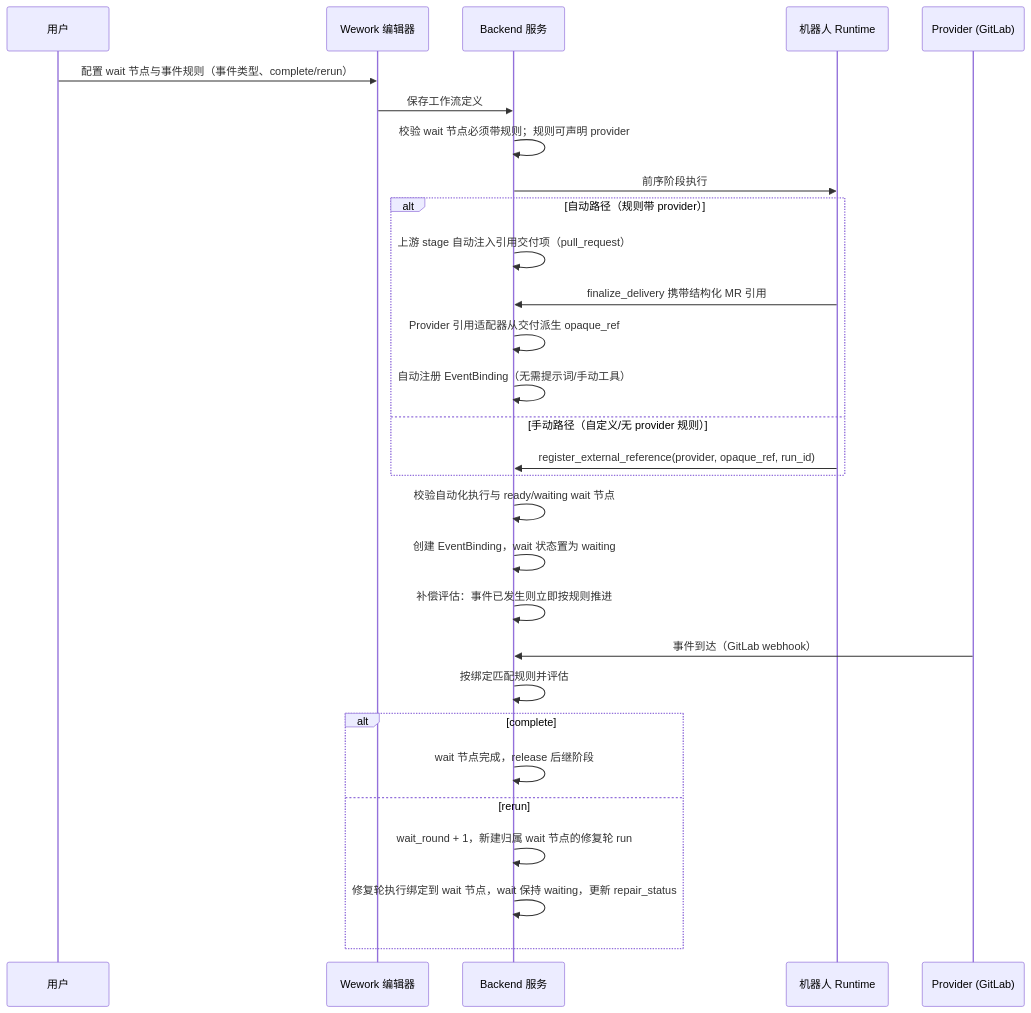
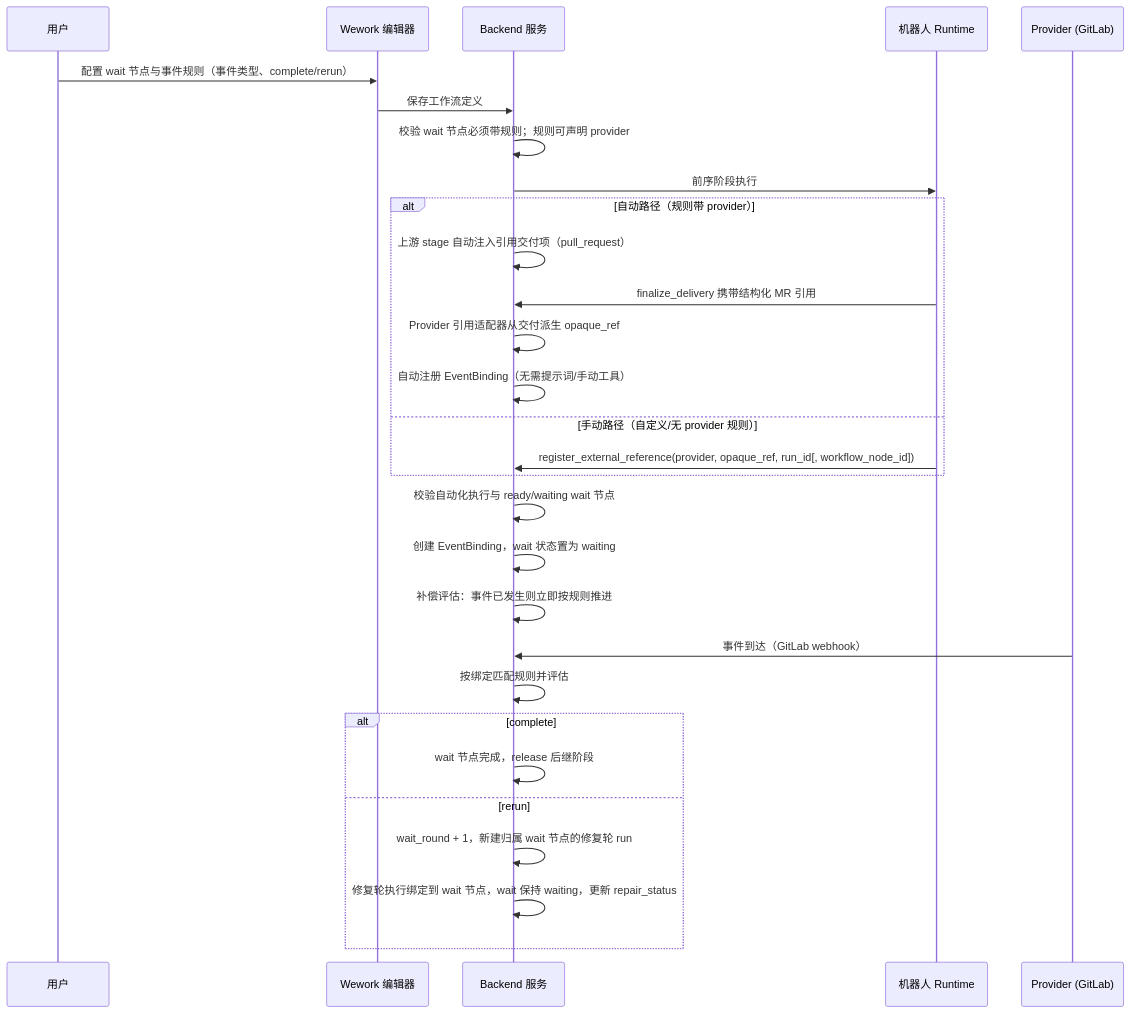
Before and after one commit to wecode-ai/Wegent: the second of 2 diagrams in docs/zh/architecture/external-event-subscription.md, drawn with Mermaid. The commit also changed 1 other file, not shown here.

Commit message:
docs: document optional wait node target in external reference tool

````diff
--- a/docs/zh/architecture/external-event-subscription.md
+++ b/docs/zh/architecture/external-event-subscription.md
@@ -27,32 +27,32 @@
 ```mermaid
 sequenceDiagram
     participant U as 用户
     participant E as Wework 编辑器
     participant B as Backend 服务
     participant R as 机器人 Runtime
     participant P as Provider (GitLab)
 
     U->>E: 配置 wait 节点与事件规则（事件类型、complete/rerun）
     E->>B: 保存工作流定义
     B->>B: 校验 wait 节点必须带规则；规则可声明 provider
     B->>R: 前序阶段执行
     alt 自动路径（规则带 provider）
         B->>B: 上游 stage 自动注入引用交付项（pull_request）
         R->>B: finalize_delivery 携带结构化 MR 引用
         B->>B: Provider 引用适配器从交付派生 opaque_ref
         B->>B: 自动注册 EventBinding（无需提示词/手动工具）
     else 手动路径（自定义/无 provider 规则）
-        R->>B: register_external_reference(provider, opaque_ref, run_id)
+        R->>B: register_external_reference(provider, opaque_ref, run_id[, workflow_node_id])
     end
     B->>B: 校验自动化执行与 ready/waiting wait 节点
     B->>B: 创建 EventBinding，wait 状态置为 waiting
     B->>B: 补偿评估：事件已发生则立即按规则推进
     P->>B: 事件到达（GitLab webhook）
     B->>B: 按绑定匹配规则并评估
     alt complete
         B->>B: wait 节点完成，release 后继阶段
     else rerun
         B->>B: wait_round + 1，新建归属 wait 节点的修复轮 run
         B->>B: 修复轮执行绑定到 wait 节点，wait 保持 waiting，更新 repair_status
     end
 ```
````
